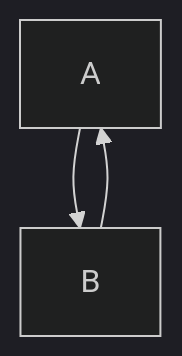
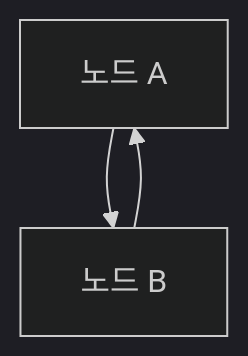
The fifth of 10 diagrams in content/post/2024/2024-09-10-LangGraph/index.md (42jerrykim/42jerrykim.github.io), drawn with Mermaid (dark theme) before and after one commit. The commit also changed other lines of this file and 239 other files, not shown here.

````diff
--- a/content/post/2024/2024-09-10-LangGraph/index.md
+++ b/content/post/2024/2024-09-10-LangGraph/index.md
@@ -467,5 +536,5 @@
 ```mermaid
-graph TD;
-    A --> B;
-    B --> A;
+graph TD
+    cyclicA["노드 A"] --> cyclicB["노드 B"]
+    cyclicB --> cyclicA
 ```
````
